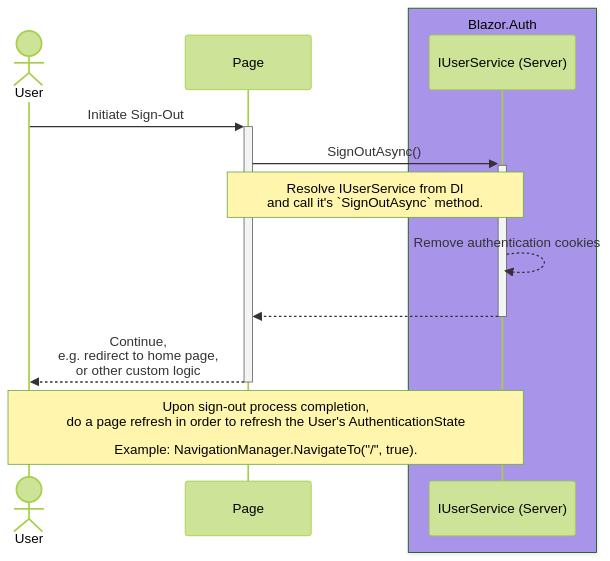
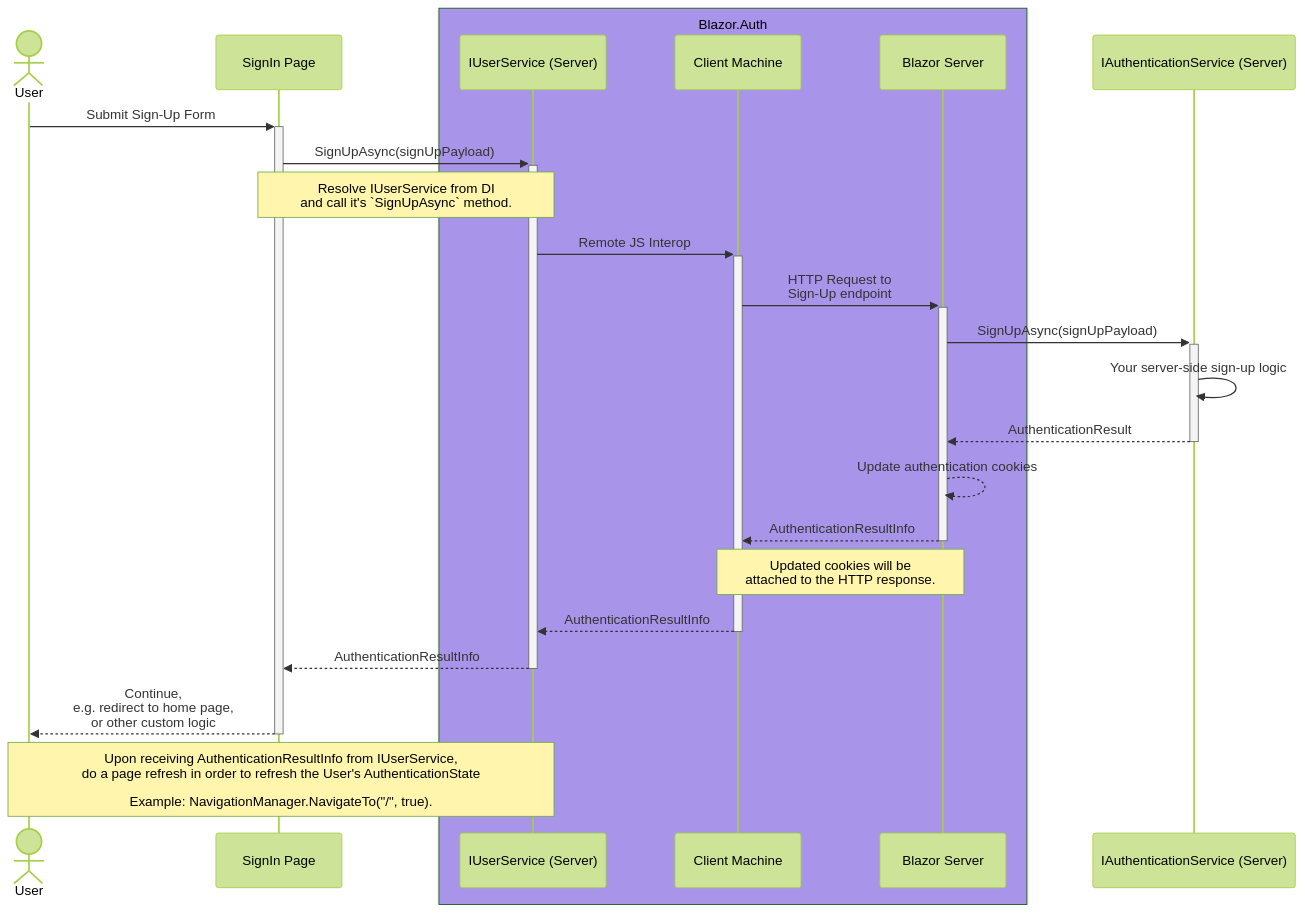
Before and after one commit to BitzArt/Blazor.Auth: the third of 3 diagrams in docs/src/04.use-cases/03.interactive-server.md, drawn with Mermaid (forest theme). The commit also changed other lines of this file and 5 other files, not shown here.

````diff
--- a/docs/src/04.use-cases/03.interactive-server.md
+++ b/docs/src/04.use-cases/03.interactive-server.md
@@ -69,20 +82,36 @@
 ```mermaid
 sequenceDiagram
 
 actor user as User
-participant page as Page
+participant page as SignIn Page
 
 box rgba(101, 63, 232, 0.5) Blazor.Auth
 participant userServiceServer as IUserService (Server)
+participant blazorClient as Client Machine
+participant blazorServer as Blazor Server
 end
 
-user ->>+ page: Initiate Sign-Out
-page ->>+ userServiceServer: SignOutAsync()
-note over page,userServiceServer: Resolve IUserService from DI<br/> and call it's `SignOutAsync` method.
-userServiceServer -->> userServiceServer: Remove authentication cookies
+participant authService as IAuthenticationService (Server)
 
-userServiceServer -->>- page: #32;
+user ->>+ page: Submit Sign-Up Form
+page ->>+ userServiceServer: SignUpAsync(signUpPayload)
+note over page,userServiceServer: Resolve IUserService from DI<br/> and call it's `SignUpAsync` method.
+
+userServiceServer ->>+ blazorClient: Remote JS Interop
+blazorClient ->>+ blazorServer: HTTP Request to <br/> Sign-Up endpoint
+blazorServer ->>+ authService: SignUpAsync(signUpPayload)
+authService ->> authService: Your server-side sign-up logic
+
+authService -->>- blazorServer: AuthenticationResult
+blazorServer -->> blazorServer: Update authentication cookies
+
+blazorServer -->>- blazorClient: AuthenticationResultInfo
+note over blazorClient,blazorServer: Updated cookies will be<br/>attached to the HTTP response.
+
+blazorClient -->>- userServiceServer: AuthenticationResultInfo
+
+userServiceServer -->>- page: AuthenticationResultInfo
 page -->>- user: Continue, <br/> e.g. redirect to home page, <br/> or other custom logic
 
-note over user,userServiceServer: Upon sign-out process completion, <br/> do a page refresh in order to refresh the User's AuthenticationState<br/><br/> Example: NavigationManager.NavigateTo("/", true).
+note over user,userServiceServer: Upon receiving AuthenticationResultInfo from IUserService, <br/> do a page refresh in order to refresh the User's AuthenticationState<br/><br/> Example: NavigationManager.NavigateTo("/", true).
 ```
````
